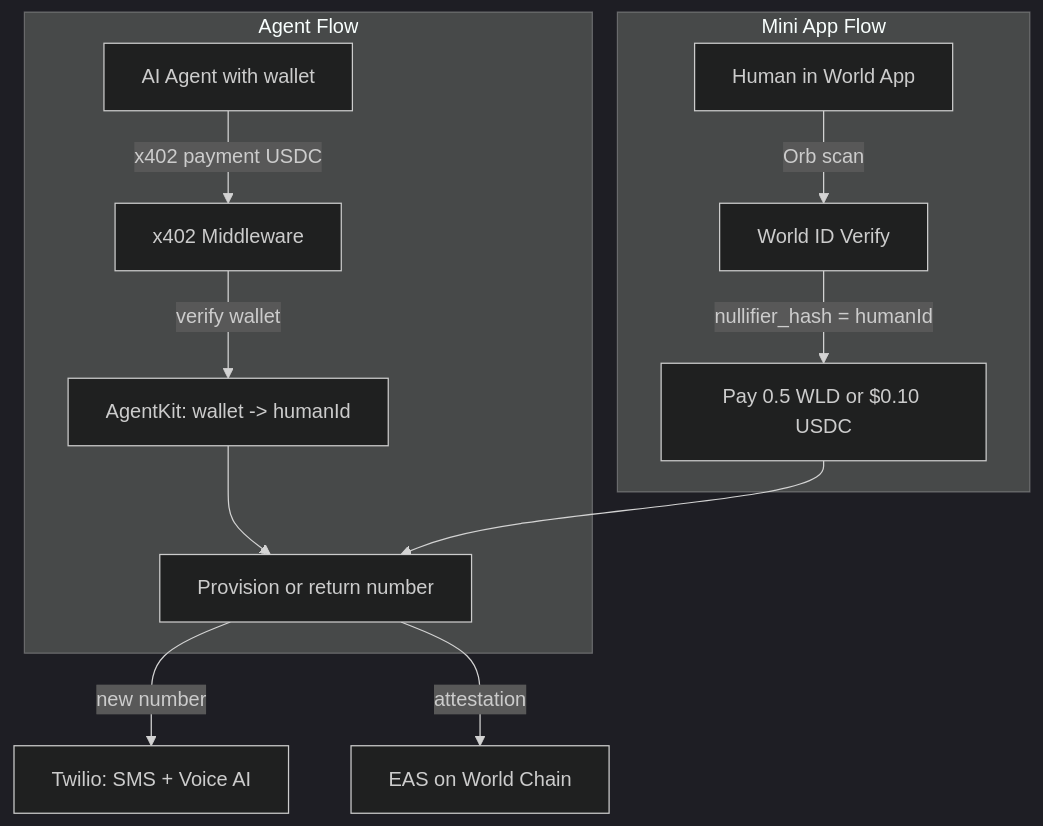
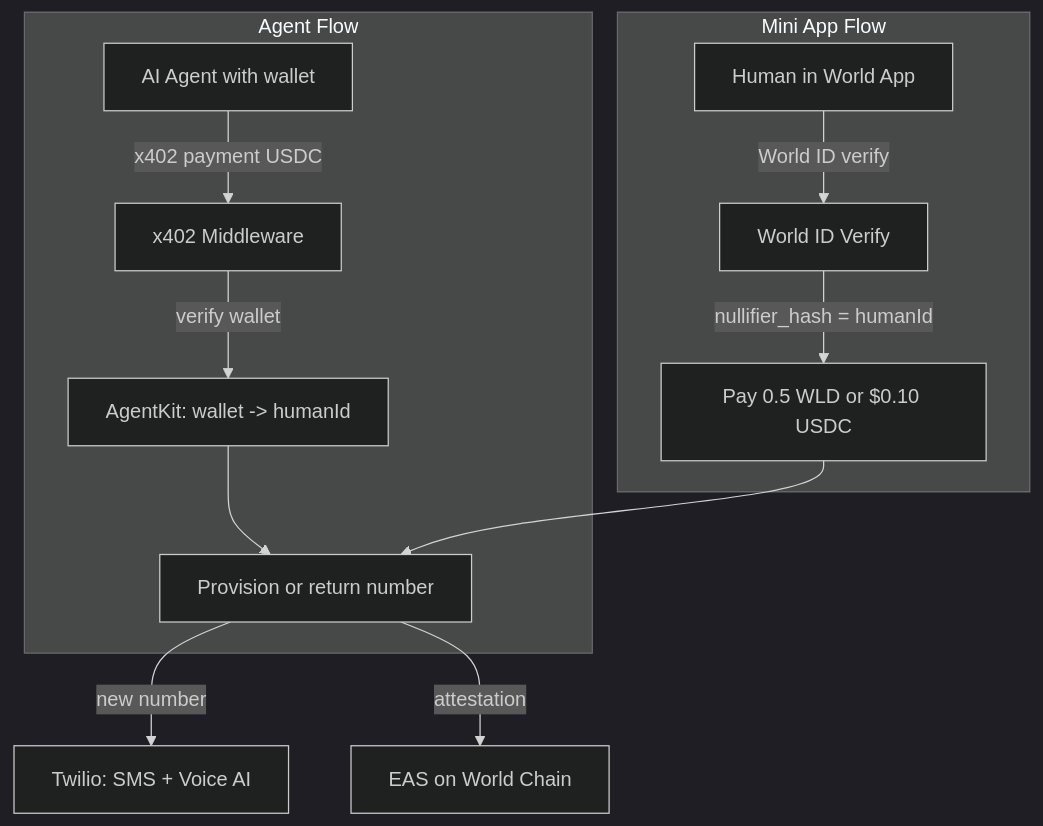
One commit to trionlabs/ahoy changed the second of 4 diagrams in README.md. Above: the diagram before and after it, drawn with Mermaid (dark theme). The commit also changed other lines of this file, not shown here.

````diff
--- a/README.md
+++ b/README.md
@@ -53,17 +55,17 @@
 ```mermaid
 graph TB
     subgraph "Agent Flow"
         AG[AI Agent with wallet] -->|x402 payment USDC| X4[x402 Middleware]
         X4 -->|verify wallet| AK[AgentKit: wallet -> humanId]
         AK --> PROV[Provision or return number]
     end
 
     subgraph "Mini App Flow"
-        USER[Human in World App] -->|Orb scan| WID[World ID Verify]
+        USER[Human in World App] -->|World ID verify| WID[World ID Verify]
         WID -->|nullifier_hash = humanId| PAY[Pay 0.5 WLD or $0.10 USDC]
         PAY --> PROV
     end
 
     PROV -->|new number| TW[Twilio: SMS + Voice AI]
     PROV -->|attestation| EAS[EAS on World Chain]
 ```
````
